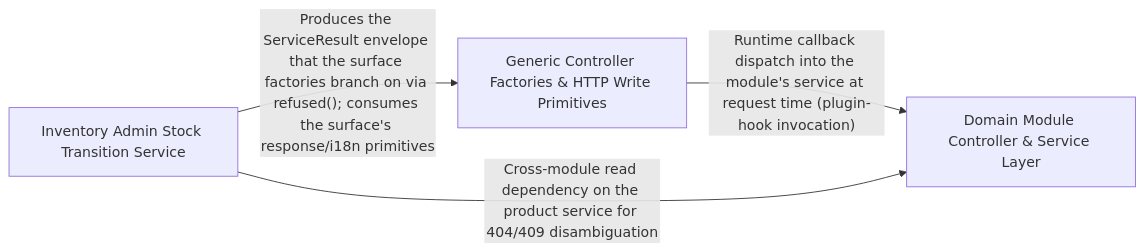
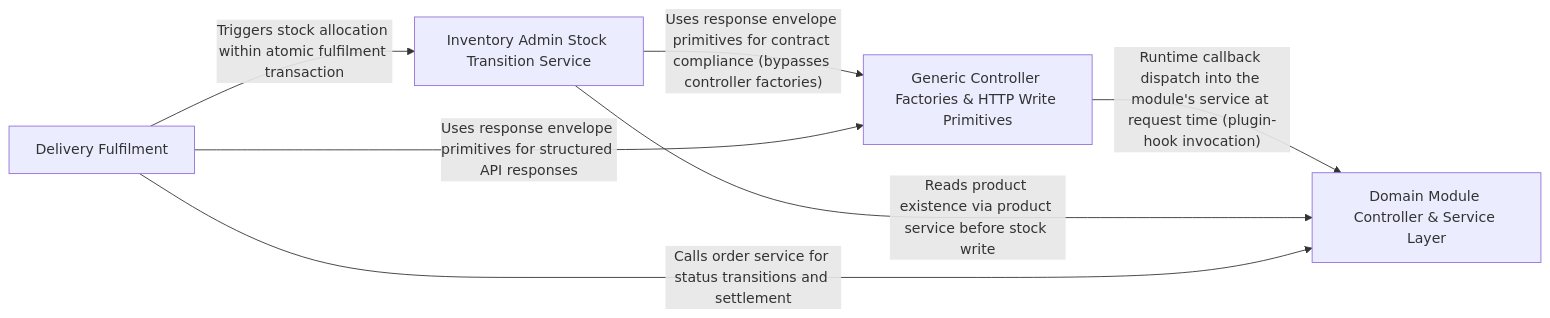
The diagram in .2brain/arch/HTTP_Write_Surface_Controller_Factories.md (Guebbit/boilerplate-node-backend), drawn with Mermaid before and after one commit. The commit also changed other lines of this file and 627 other files, not shown here.

````diff
--- a/.2brain/arch/HTTP_Write_Surface_Controller_Factories.md
+++ b/.2brain/arch/HTTP_Write_Surface_Controller_Factories.md
@@ -10,9 +10,13 @@
 ```mermaid
 graph LR
     Domain_Module_Controller_Service_Layer["Domain Module Controller & Service Layer"]
     Generic_Controller_Factories_HTTP_Write_Primitives["Generic Controller Factories & HTTP Write Primitives"]
     Inventory_Admin_Stock_Transition_Service["Inventory Admin Stock Transition Service"]
+    Delivery_Fulfilment["Delivery Fulfilment"]
     Generic_Controller_Factories_HTTP_Write_Primitives -- "Runtime callback dispatch into the module's service at request time (plugin-hook invocation)" --> Domain_Module_Controller_Service_Layer
-    Inventory_Admin_Stock_Transition_Service -- "Cross-module read dependency on the product service for 404/409 disambiguation" --> Domain_Module_Controller_Service_Layer
-    Inventory_Admin_Stock_Transition_Service -- "Produces the ServiceResult envelope that the surface factories branch on via refused(); consumes the surface's response/i18n primitives" --> Generic_Controller_Factories_HTTP_Write_Primitives
+    Inventory_Admin_Stock_Transition_Service -- "Reads product existence via product service before stock write" --> Domain_Module_Controller_Service_Layer
+    Inventory_Admin_Stock_Transition_Service -- "Uses response envelope primitives for contract compliance (bypasses controller factories)" --> Generic_Controller_Factories_HTTP_Write_Primitives
+    Delivery_Fulfilment -- "Calls order service for status transitions and settlement" --> Domain_Module_Controller_Service_Layer
+    Delivery_Fulfilment -- "Uses response envelope primitives for structured API responses" --> Generic_Controller_Factories_HTTP_Write_Primitives
+    Delivery_Fulfilment -- "Triggers stock allocation within atomic fulfilment transaction" --> Inventory_Admin_Stock_Transition_Service
 ```
````
